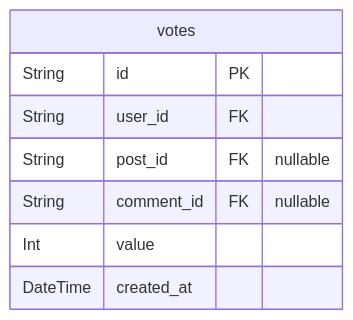
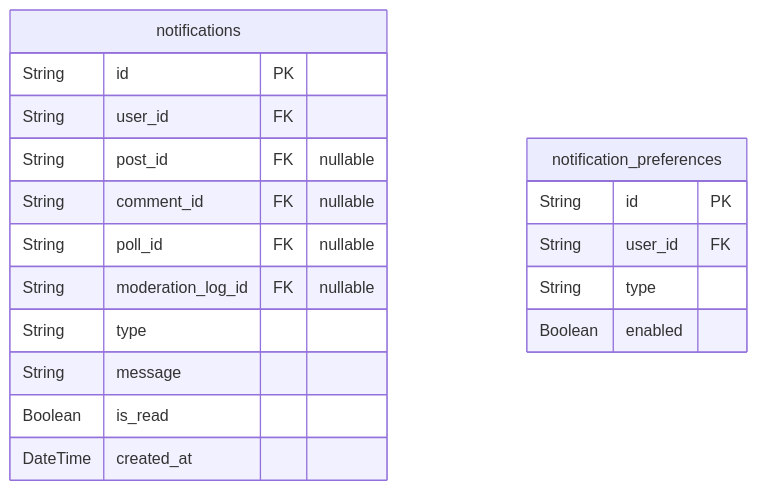
One commit to wrtnlabs/autobe-example-bbs-openai-gpt-4.1 changed the fifth of 7 diagrams in docs/ERD.md. Above: the diagram before and after it, drawn with Mermaid. The commit also changed other lines of this file and 329 other files, not shown here.

````diff
--- a/docs/ERD.md
+++ b/docs/ERD.md
@@ -164,11 +644,21 @@
 ```mermaid
 erDiagram
-"votes" {
+"notifications" {
   String id PK
   String user_id FK
   String post_id FK "nullable"
   String comment_id FK "nullable"
-  Int value
+  String poll_id FK "nullable"
+  String moderation_log_id FK "nullable"
+  String type
+  String message
+  Boolean is_read
   DateTime created_at
 }
+"notification_preferences" {
+  String id PK
+  String user_id FK
+  String type
+  Boolean enabled
+}
 ```
````
